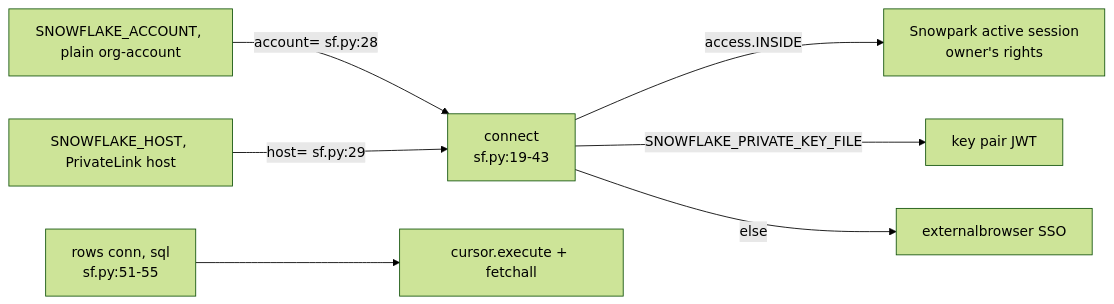
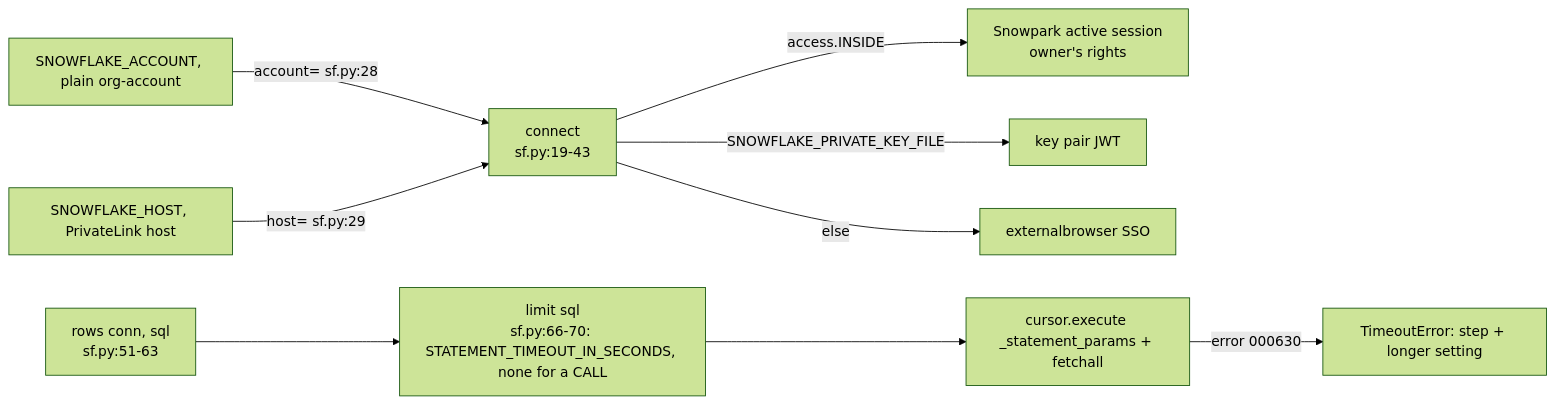
Before and after one commit to darshanmeel/snowflake-access-explorer: the diagram in snowflake-access-explorer-knowledge-graph/modules/sf.md, drawn with Mermaid (forest theme). The commit also changed other lines of this file and 79 other files, not shown here.

Commit message:
Knowledge graph: STATEMENT_TIMEOUT, WORKERS, ACTIVITY, HIERARCHY, progress lines, shared ACCESS_HISTORY read, procedure batching; node lines re-synced

````diff
--- a/snowflake-access-explorer-knowledge-graph/modules/sf.md
+++ b/snowflake-access-explorer-knowledge-graph/modules/sf.md
@@ -6,9 +6,11 @@
 ```mermaid
 flowchart LR
   C[connect<br/>sf.py:19-43] -->|access.INSIDE| SP[Snowpark active session<br/>owner's rights]
   C -->|SNOWFLAKE_PRIVATE_KEY_FILE| KP[key pair JWT]
   C -->|else| SSO[externalbrowser SSO]
   ENV[SNOWFLAKE_ACCOUNT, plain org-account] -->|account= sf.py:28| C
   HOST[SNOWFLAKE_HOST, PrivateLink host] -->|host= sf.py:29| C
-  R[rows conn, sql<br/>sf.py:51-55] --> CUR[cursor.execute + fetchall]
+  R[rows conn, sql<br/>sf.py:51-63] --> L[limit sql<br/>sf.py:66-70: STATEMENT_TIMEOUT_IN_SECONDS, none for a CALL]
+  L --> CUR[cursor.execute _statement_params + fetchall]
+  CUR -->|error 000630| TO[TimeoutError: step + longer setting]
 ```
````
